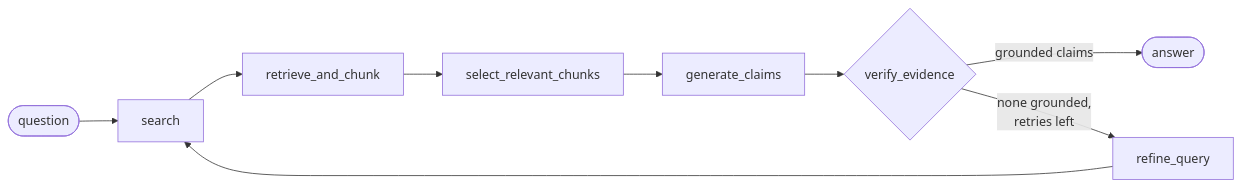
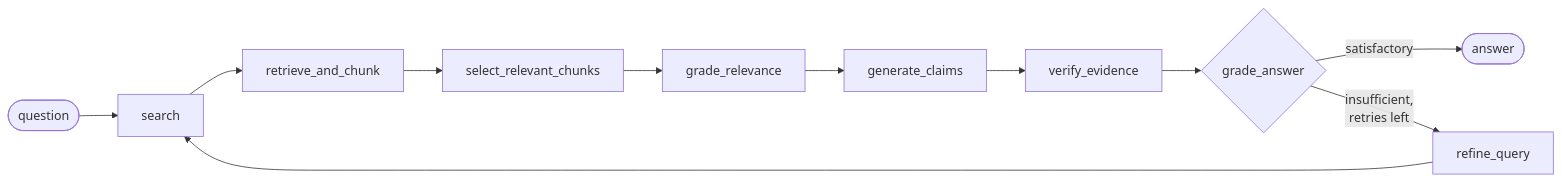
The diagram in README.md (HenrikGharagyozyan/academic-search-agent), drawn with Mermaid before and after one commit. The commit also changed other lines of this file, not shown here.

Commit message:
refactor: update flowchart and descriptions in README for clarity and accuracy

````diff
--- a/README.md
+++ b/README.md
@@ -11,11 +11,13 @@
 ```mermaid
 flowchart LR
     Q([question]) --> S[search]
     S --> R[retrieve_and_chunk]
     R --> SEL[select_relevant_chunks]
-    SEL --> G[generate_claims]
-    G --> V{verify_evidence}
-    V -- grounded claims --> A([answer])
-    V -- none grounded,<br/>retries left --> RF[refine_query]
+    SEL --> GR[grade_relevance]
+    GR --> G[generate_claims]
+    G --> V[verify_evidence]
+    V --> GA{grade_answer}
+    GA -- satisfactory --> A([answer])
+    GA -- insufficient,<br/>retries left --> RF[refine_query]
     RF --> S
 ```
````
